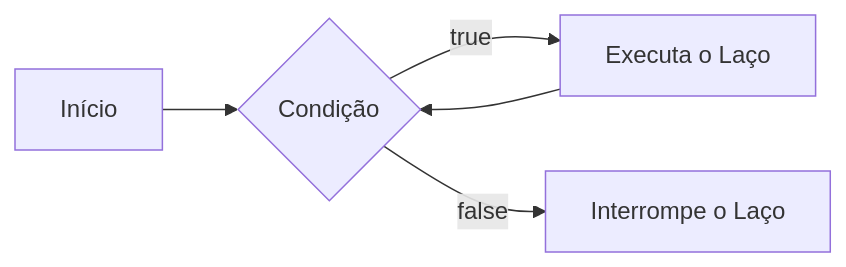
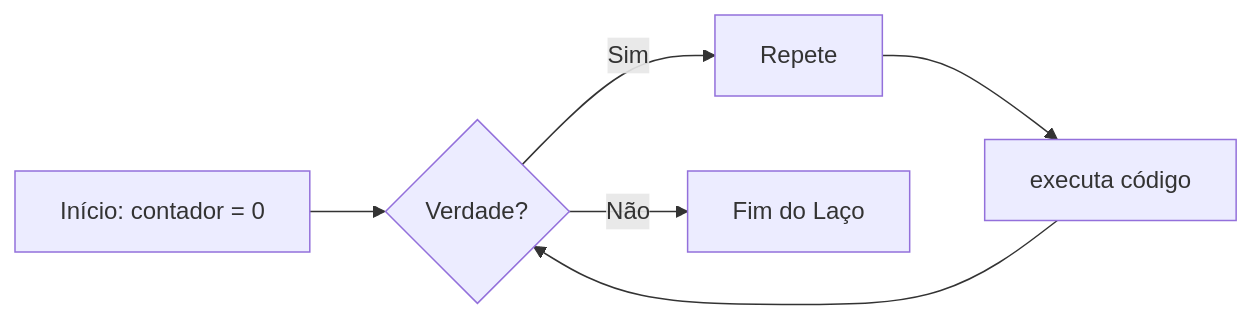
One commit to FelipeScalfi/BackEnd changed the sixth of 18 diagrams in README.md. Above: the diagram before and after it, drawn with Mermaid. The commit also changed other lines of this file and 12 other files, not shown here.

````diff
--- a/README.md
+++ b/README.md
@@ -364,10 +373,11 @@
 ```mermaid
 
 graph LR
 
-    A[Início] --> B{Condição}
-    B --true--> C[Executa o Laço]
-    C --> B
-    B --false--> D[Interrompe o Laço]
+    A[Início: contador = 0] --> B{Verdade?}
+    B -- Sim --> C[Repete]
+    C --> D[executa código]
+    D --> B
+    B -- Não --> E[Fim do Laço]
 
 ```
````
